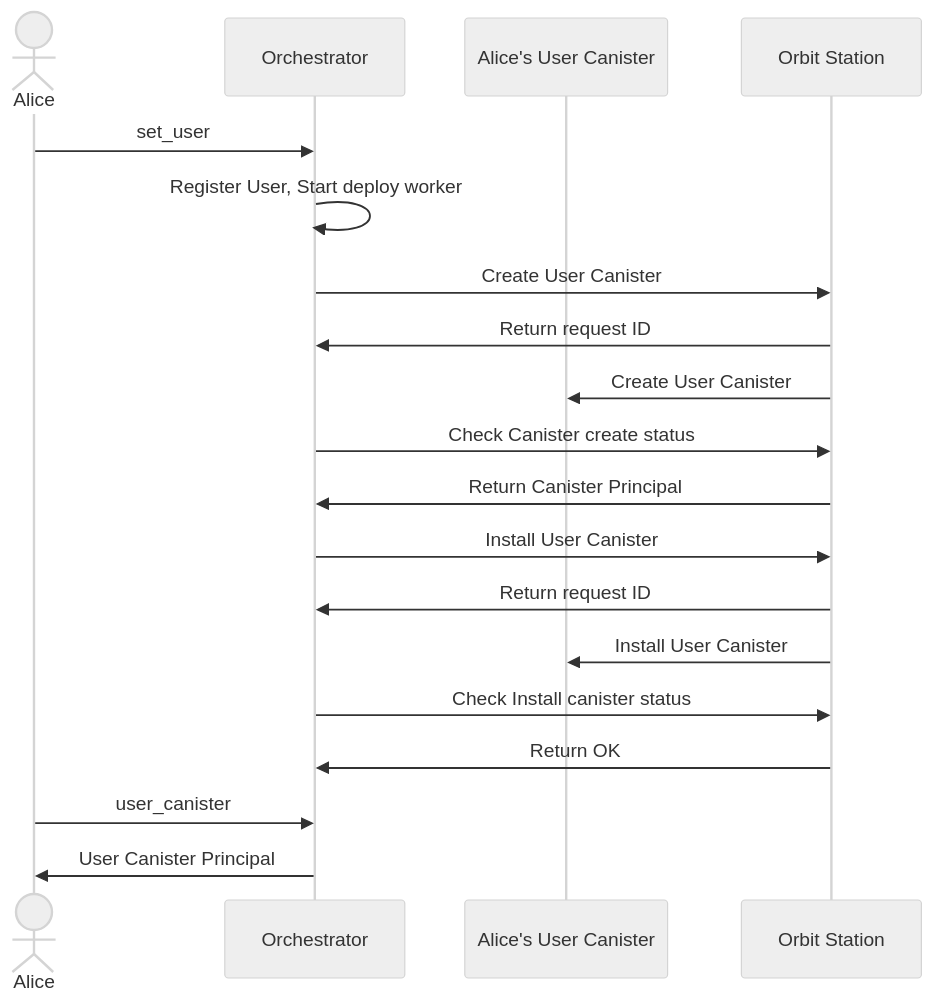
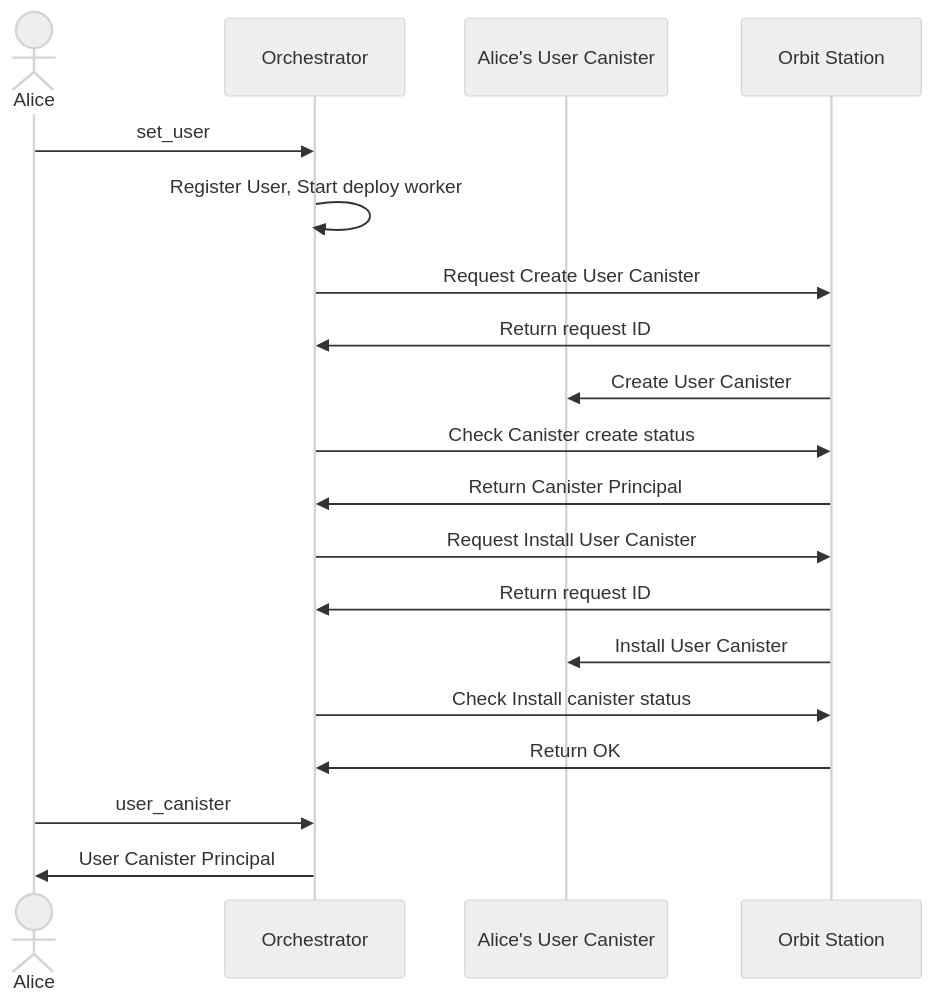
One commit to icp-hub-it/ic-docutrack changed the first of 6 diagrams in docs/flows.md. Above: the diagram before and after it, drawn with Mermaid (neutral theme).

Commit message:
docs: missing steps for creating canister

````diff
--- a/docs/flows.md
+++ b/docs/flows.md
@@ -5,22 +5,22 @@
 ```mermaid
 sequenceDiagram
     actor U as Alice
     participant O as Orchestrator
     participant UC as Alice's User Canister
     participant OS as Orbit Station
     U->>O: set_user
     O->>O: Register User, Start deploy worker
-    O->>OS: Create User Canister
+    O->>OS: Request Create User Canister
     OS->>O: Return request ID
     OS->>UC: Create User Canister
     O->>OS: Check Canister create status
     OS->>O: Return Canister Principal
-    O->>OS: Install User Canister
+    O->>OS: Request Install User Canister
     OS->>O: Return request ID
     OS->>UC: Install User Canister
     O->>OS: Check Install canister status
     OS->>O: Return OK
     U->>O: user_canister
     O->>U: User Canister Principal
 
 ```
````
